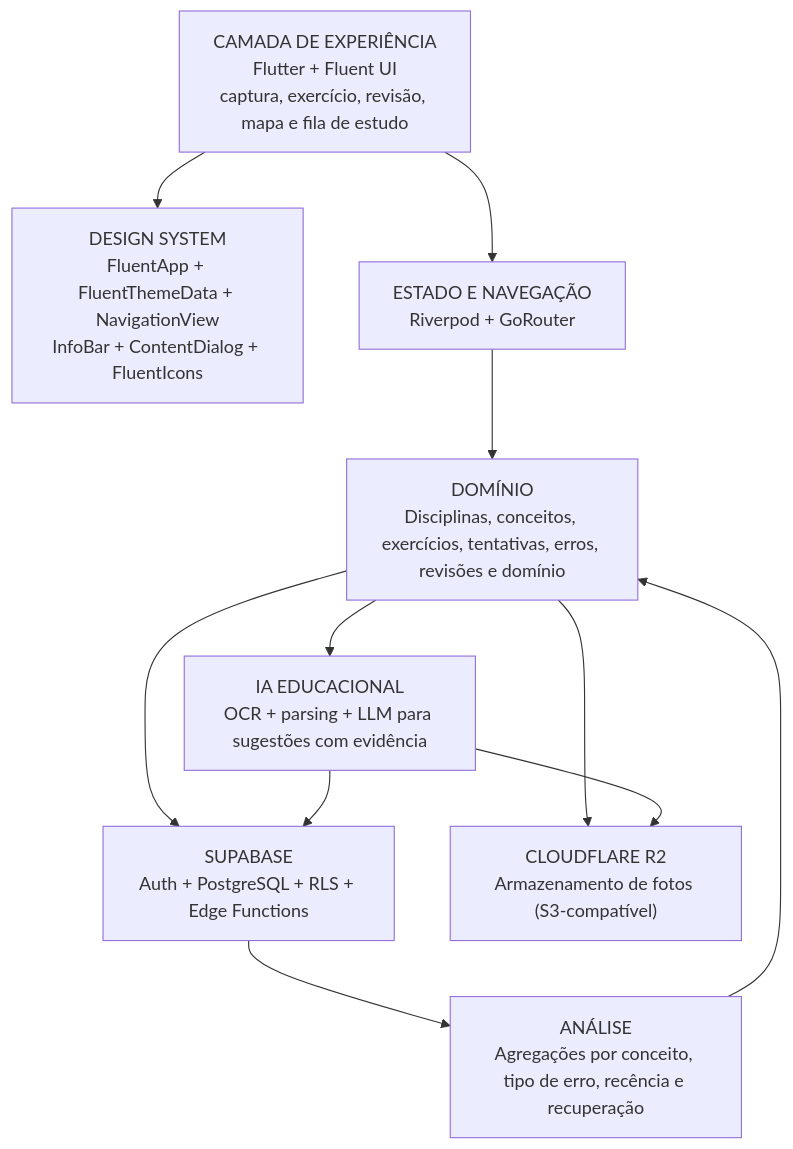
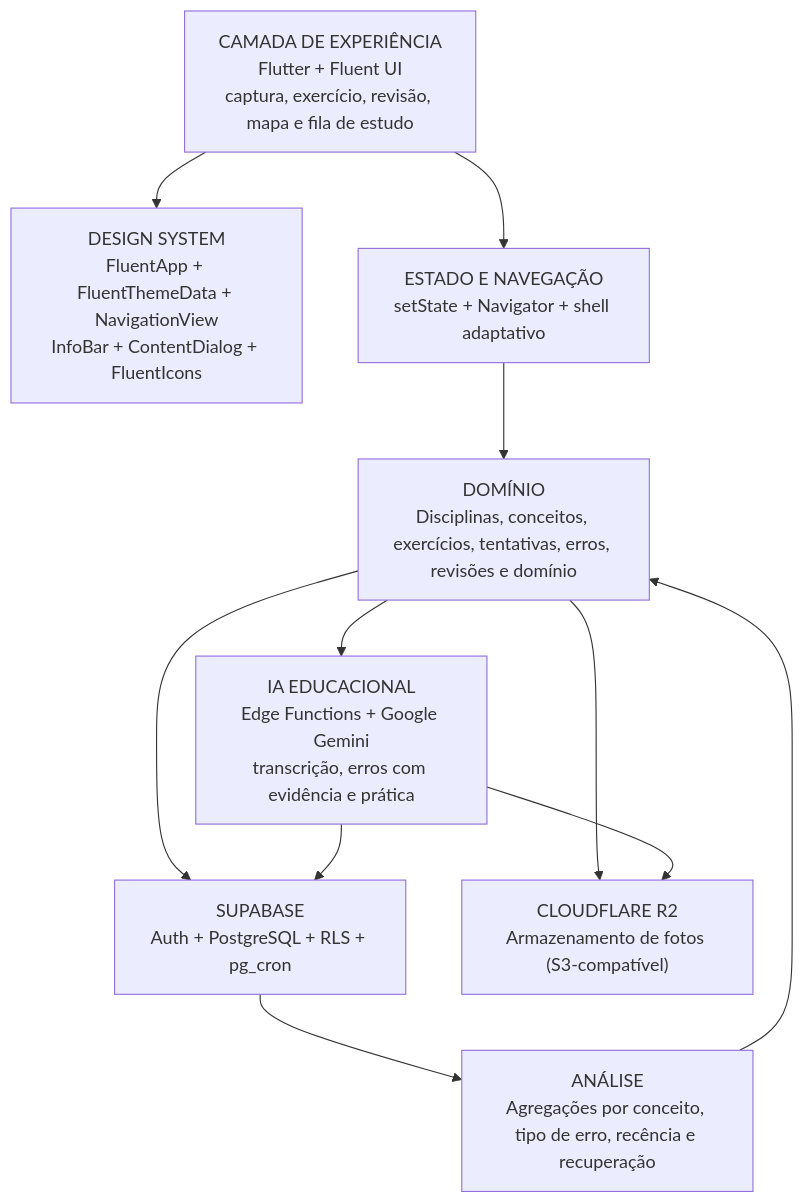
The fourth of 10 diagrams in .github/README.md (CFSJCODE/MistakeMap), drawn with Mermaid before and after one commit. The commit also changed other lines of this file and 6 other files, not shown here.

First line of the commit message:
docs: atualiza o README e as documentações para o estado real do MVP

````diff
--- a/.github/README.md
+++ b/.github/README.md
@@ -628,22 +665,22 @@
 ```mermaid
 flowchart TB
     UX["CAMADA DE EXPERIÊNCIA<br/>Flutter + Fluent UI<br/>captura, exercício, revisão, mapa e fila de estudo"]
     FLUENT["DESIGN SYSTEM<br/>FluentApp + FluentThemeData + NavigationView<br/>InfoBar + ContentDialog + FluentIcons"]
-    STATE["ESTADO E NAVEGAÇÃO<br/>Riverpod + GoRouter"]
+    STATE["ESTADO E NAVEGAÇÃO<br/>setState + Navigator + shell adaptativo"]
     DOMAIN["DOMÍNIO<br/>Disciplinas, conceitos, exercícios, tentativas, erros, revisões e domínio"]
-    AI["IA EDUCACIONAL<br/>OCR + parsing + LLM para sugestões com evidência"]
-    SB["SUPABASE<br/>Auth + PostgreSQL + RLS + Edge Functions"]
+    AI["IA EDUCACIONAL<br/>Edge Functions + Google Gemini<br/>transcrição, erros com evidência e prática"]
+    SB["SUPABASE<br/>Auth + PostgreSQL + RLS + pg_cron"]
     R2["CLOUDFLARE R2<br/>Armazenamento de fotos (S3-compatível)"]
     ANALYSIS["ANÁLISE<br/>Agregações por conceito, tipo de erro, recência e recuperação"]
 
     UX --> FLUENT
     UX --> STATE
     STATE --> DOMAIN
     DOMAIN --> AI
     DOMAIN --> SB
     DOMAIN --> R2
     AI --> SB
     AI --> R2
     SB --> ANALYSIS
     ANALYSIS --> DOMAIN
 ```
````
